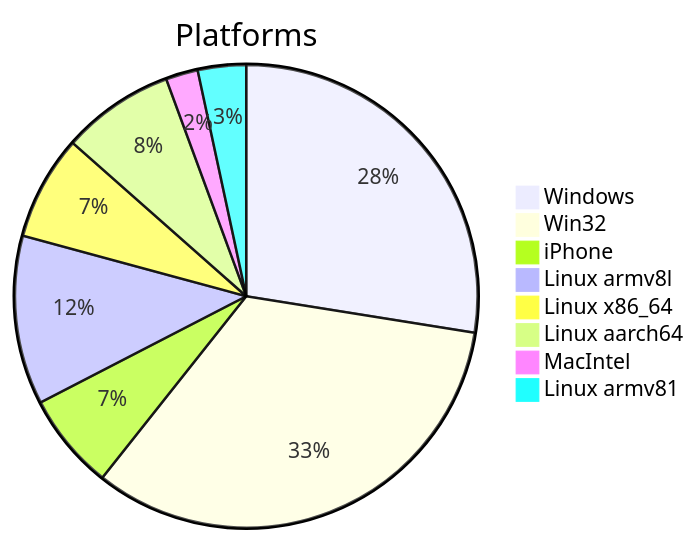
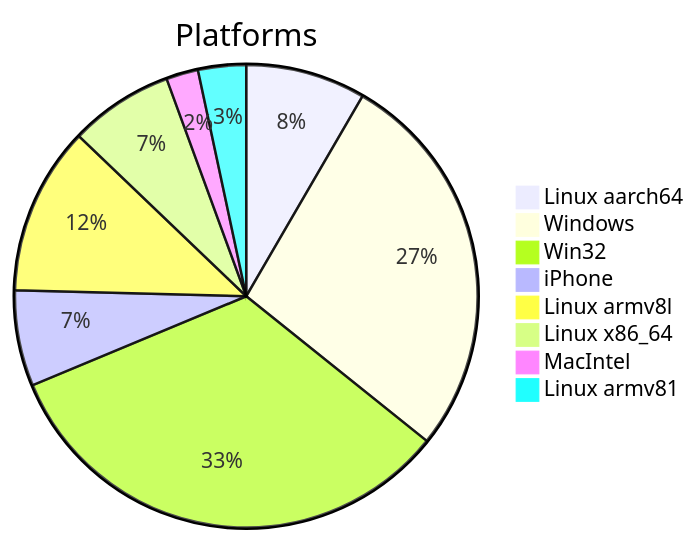
Before and after one commit to Krugou/socials: the first of 2 diagrams in DATA_REPORT.md, drawn with Mermaid. The commit also changed other lines of this file and 2 other files, not shown here.

````diff
--- a/DATA_REPORT.md
+++ b/DATA_REPORT.md
@@ -9,11 +9,11 @@
 ```mermaid
 pie title Platforms
+    "Linux aarch64" : 15
     "Windows" : 49
     "Win32" : 59
     "iPhone" : 12
     "Linux armv8l" : 21
     "Linux x86_64" : 13
-    "Linux aarch64" : 14
     "MacIntel" : 4
     "Linux armv81" : 6
 ```
````
